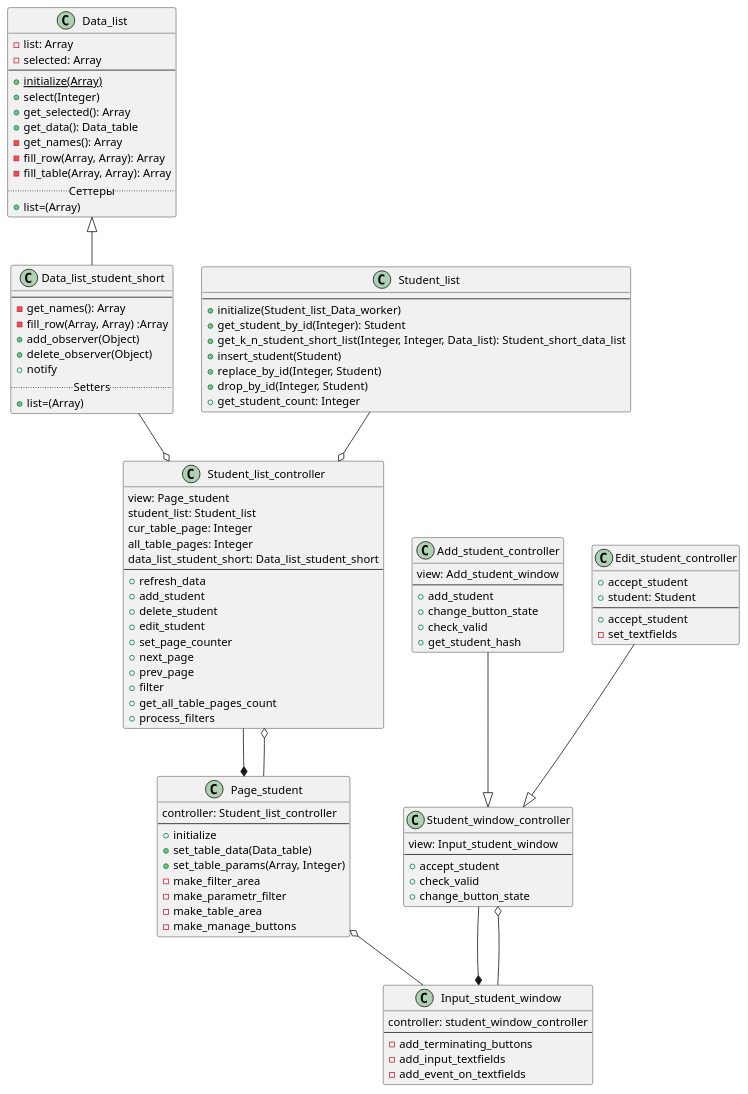
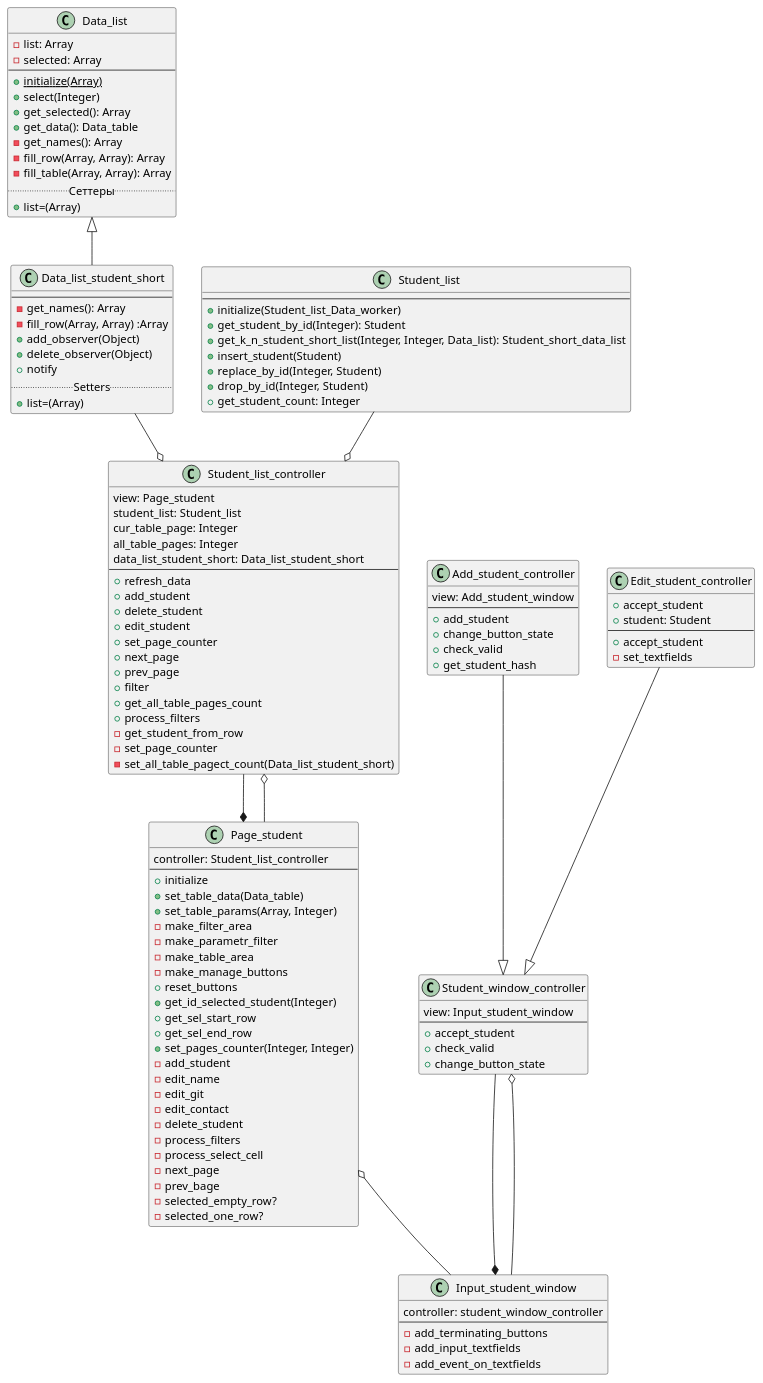
The diagram in Lab2/Student/diagrams/mvc_classes_diagram.puml (VitalijGolovij/PatternProgLabs), drawn with PlantUML before and after one commit. The commit also changed 3 other files, not shown here.

```diff
--- a/Lab2/Student/diagrams/mvc_classes_diagram.puml
+++ b/Lab2/Student/diagrams/mvc_classes_diagram.puml
@@ -1,127 +1,146 @@
 @startuml
 
 Class Data_list
  {
       -list: Array
       -selected: Array
  --
       +{static}initialize(Array)
       +select(Integer)
       +get_selected(): Array
       +get_data(): Data_table
       -get_names(): Array
       -fill_row(Array, Array): Array
       -fill_table(Array, Array): Array
 ..Сеттеры..
       +list=(Array)
   }
 
 Class Data_list_student_short
  {
  --
       -get_names(): Array
       -fill_row(Array, Array) :Array
 +add_observer(Object)
 +delete_observer(Object)
 +notify
 ..Setters..
 +list=(Array)
   }
 Class Student_list
 {
 --
 +initialize(Student_list_Data_worker)
 +get_student_by_id(Integer): Student
 +get_k_n_student_short_list(Integer, Integer, Data_list): Student_short_data_list
 +insert_student(Student)
 +replace_by_id(Integer, Student)
 +drop_by_id(Integer, Student)
 +get_student_count: Integer
 }
 
 class Page_student
 {
 controller: Student_list_controller
 --
 +initialize
 +set_table_data(Data_table)
 +set_table_params(Array, Integer)
 -make_filter_area
 -make_parametr_filter
 -make_table_area
 -make_manage_buttons
++reset_buttons
++get_id_selected_student(Integer)
++get_sel_start_row
++get_sel_end_row
++set_pages_counter(Integer, Integer)
+-add_student
+-edit_name
+-edit_git
+-edit_contact
+-delete_student
+-process_filters
+-process_select_cell
+-next_page
+-prev_bage
+-selected_empty_row?
+-selected_one_row?
 }
 
 class Student_list_controller
 {
 view: Page_student
 student_list: Student_list
 cur_table_page: Integer
 all_table_pages: Integer
 data_list_student_short: Data_list_student_short
 --
 +refresh_data
 +add_student
 +delete_student
 +edit_student
 +set_page_counter
 +next_page
 +prev_page
 +filter
 +get_all_table_pages_count
 +process_filters
+-get_student_from_row
+-set_page_counter
+-set_all_table_pagect_count(Data_list_student_short)
 }
 
 class Input_student_window
 {
 controller: student_window_controller
 --
 -add_terminating_buttons
 -add_input_textfields
 -add_event_on_textfields
 }
 
 class Add_student_controller
 {
 view: Add_student_window
 --
 +add_student
 +change_button_state
 +check_valid
 +get_student_hash
 }
 
 class Edit_student_controller
 {
 +accept_student
 }
 
 class Edit_student_controller
 {
 +student: Student
 --
 +accept_student
 -set_textfields
 }
 
 class Student_window_controller
 {
 view: Input_student_window
 --
 +accept_student
 +check_valid
 +change_button_state
 }
 
 Add_student_controller --|> Student_window_controller
 Edit_student_controller --|> Student_window_controller
 Data_list <|-- Data_list_student_short
 Student_list_controller --* Page_student
 Student_list_controller o-- Page_student
 Student_list --o Student_list_controller
 Data_list_student_short --o Student_list_controller
 Page_student o-- Input_student_window
 Student_window_controller --* Input_student_window
 Student_window_controller o-- Input_student_window
 
 @enduml
```
